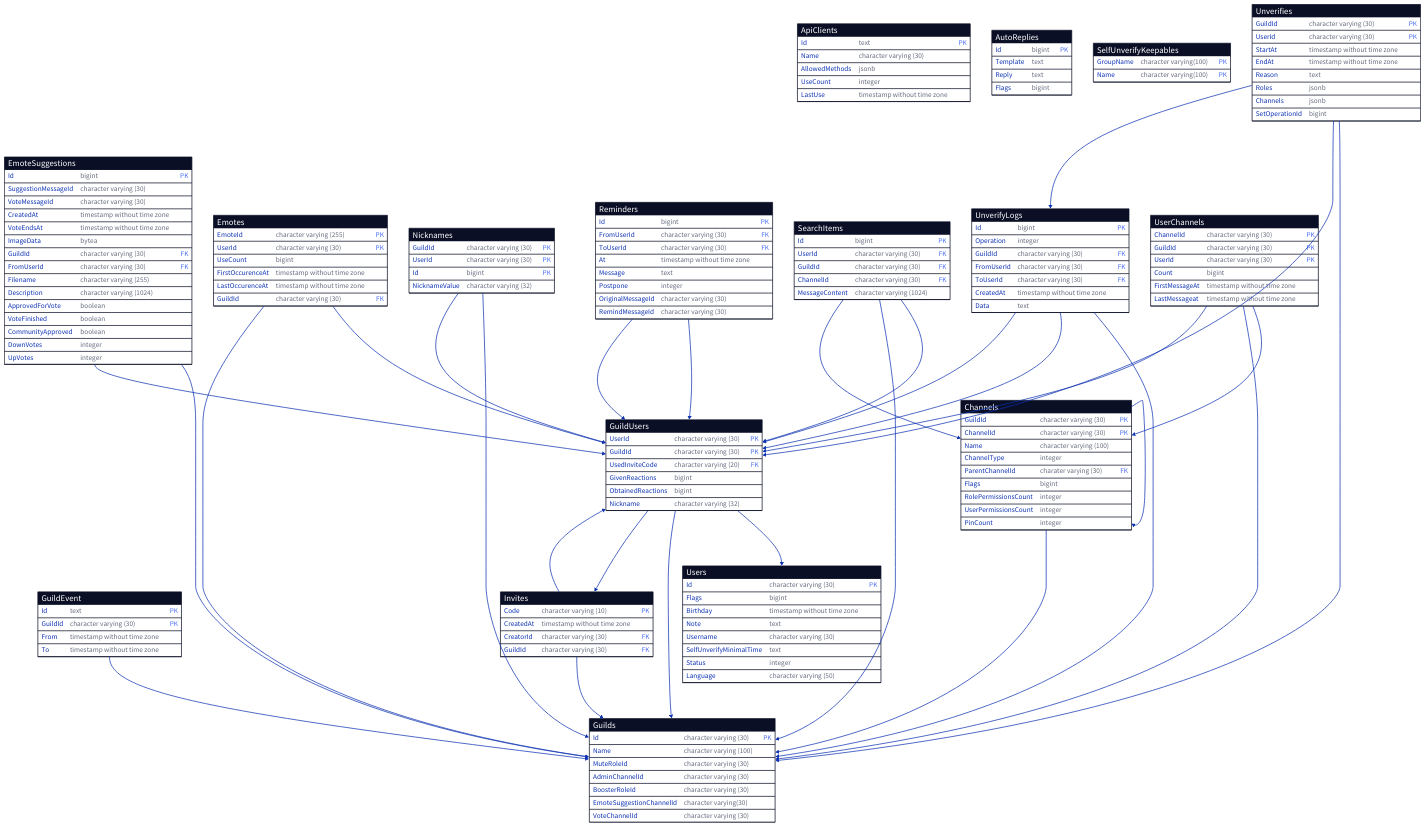
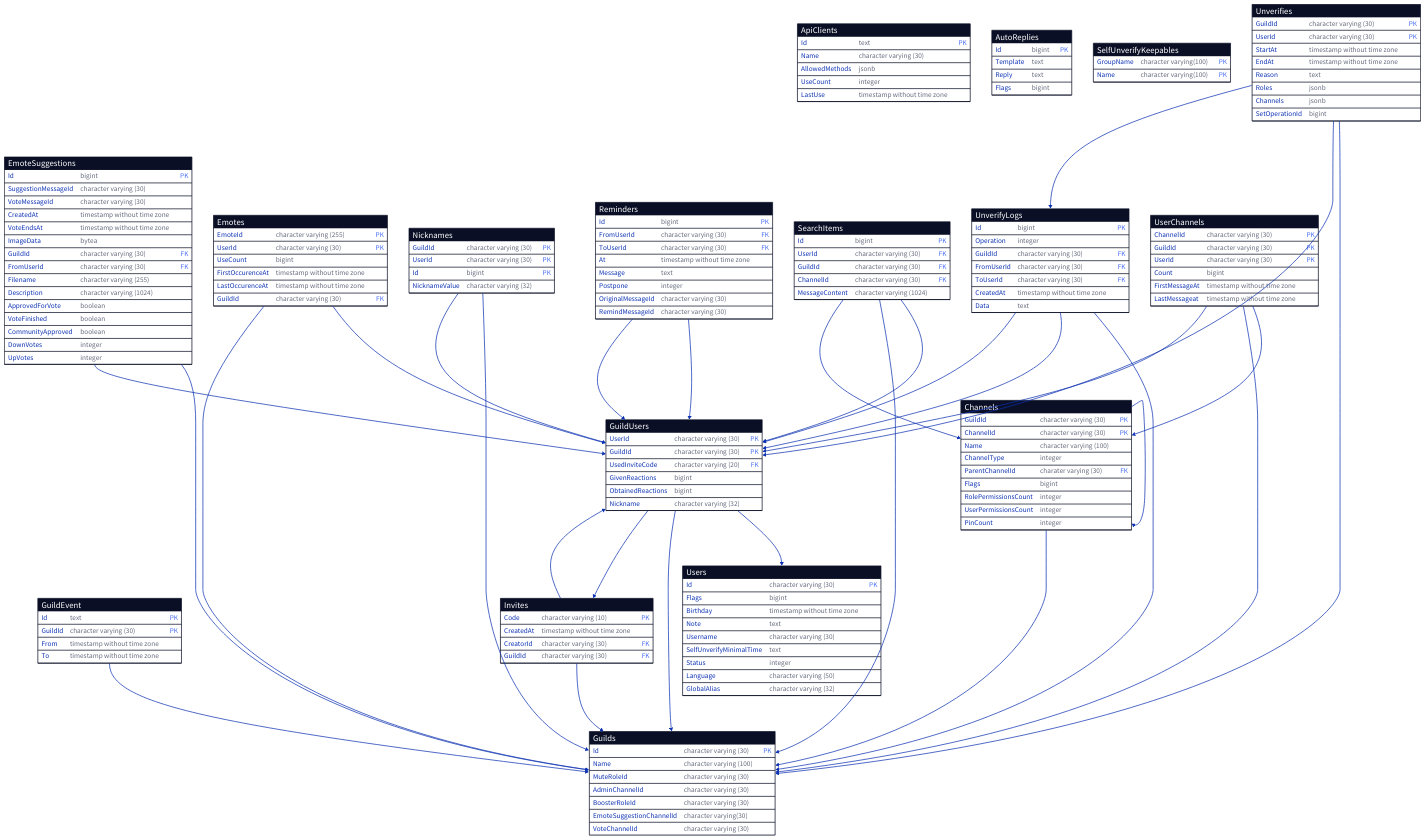
The diagram in data/database.d2 (GrillBot/grillbot-docs), drawn with D2 before and after one commit. The commit also changed 2 other files, not shown here.

```diff
--- a/data/database.d2
+++ b/data/database.d2
@@ -229,4 +229,5 @@
   SelfUnverifyMinimalTime: text
   Status: integer
   Language: character varying (50)
+  GlobalAlias: character varying (32)
 }
```
